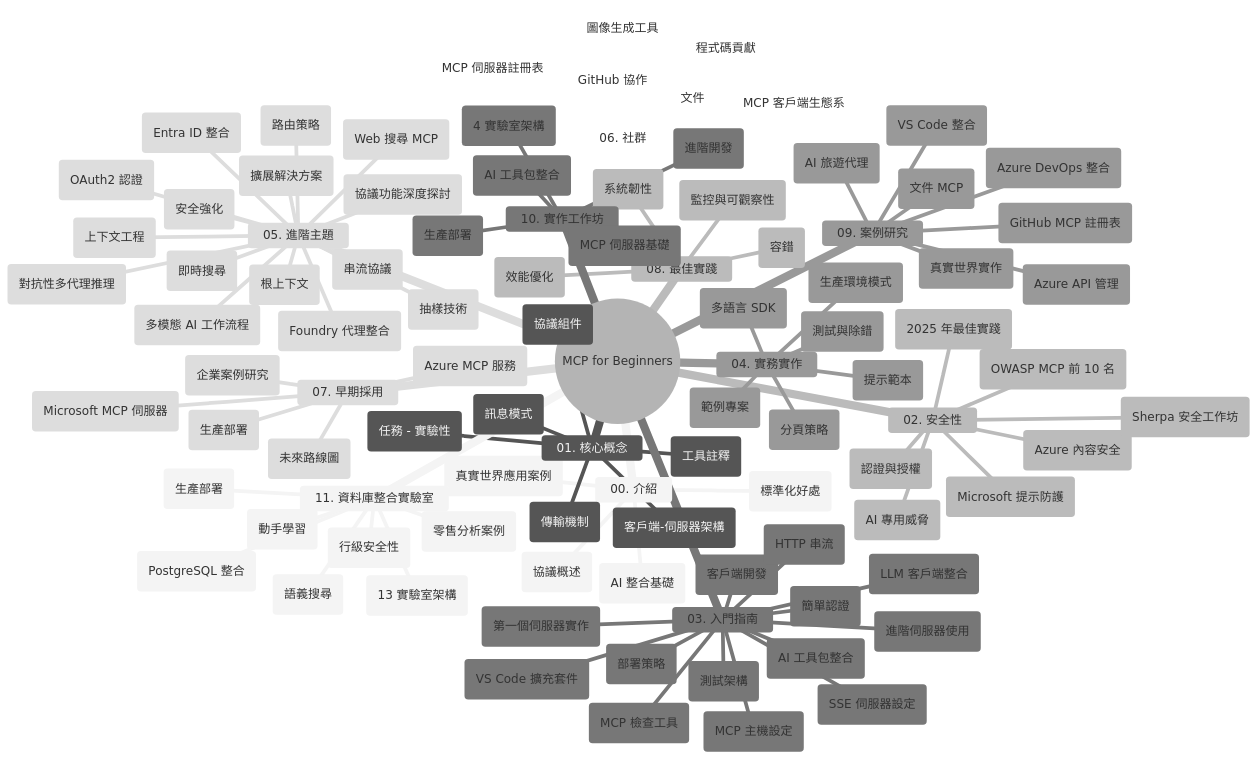
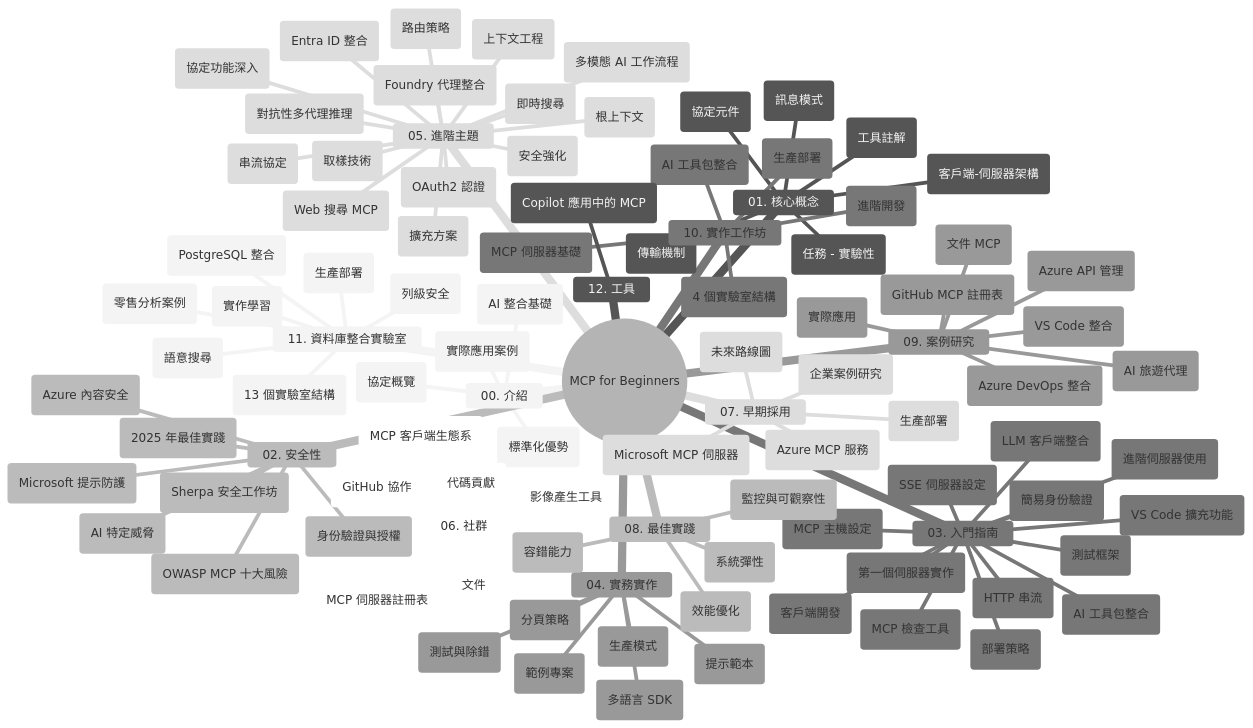
The diagram in mcp_ecosystem__model_context_protocol/mcp_learning_resources/mcp-for-beginners/translations/zh-HK/study_guide.md (HIDORAKAI002/ai-workspace-archive), drawn with Mermaid (neutral theme) before and after one commit. The commit also changed other lines of this file and 989 other files, not shown here.

````diff
--- a/mcp_ecosystem__model_context_protocol/mcp_learning_resources/mcp-for-beginners/translations/zh-HK/study_guide.md
+++ b/mcp_ecosystem__model_context_protocol/mcp_learning_resources/mcp-for-beginners/translations/zh-HK/study_guide.md
@@ -13,39 +13,39 @@
   root((MCP for Beginners))
     00. 介紹
       ::icon(fa fa-book)
-      (協議概述)
-      (標準化好處)
-      (真實世界應用案例)
+      (協定概覽)
+      (標準化優勢)
+      (實際應用案例)
       (AI 整合基礎)
     01. 核心概念
       ::icon(fa fa-puzzle-piece)
       (客戶端-伺服器架構)
-      (協議組件)
+      (協定元件)
       (訊息模式)
       (傳輸機制)
       (任務 - 實驗性)
-      (工具註釋)
+      (工具註解)
     02. 安全性
       ::icon(fa fa-shield)
-      (AI 專用威脅)
+      (AI 特定威脅)
       (2025 年最佳實踐)
       (Azure 內容安全)
-      (認證與授權)
+      (身份驗證與授權)
       (Microsoft 提示防護)
-      (OWASP MCP 前 10 名)
+      (OWASP MCP 十大風險)
       (Sherpa 安全工作坊)
     03. 入門指南
       ::icon(fa fa-rocket)
       (第一個伺服器實作)
       (客戶端開發)
       (LLM 客戶端整合)
-      (VS Code 擴充套件)
+      (VS Code 擴充功能)
       (SSE 伺服器設定)
       (HTTP 串流)
       (AI 工具包整合)
-      (測試架構)
+      (測試框架)
       (進階伺服器使用)
-      (簡單認證)
+      (簡易身份驗證)
       (部署策略)
       (MCP 主機設定)
       (MCP 檢查工具)
@@ -55,7 +55,7 @@
       (測試與除錯)
       (提示範本)
       (範例專案)
-      (生產環境模式)
+      (生產模式)
       (分頁策略)
     05. 進階主題
       ::icon(fa fa-graduation-cap)
@@ -64,24 +64,24 @@
       (多模態 AI 工作流程)
       (OAuth2 認證)
       (即時搜尋)
-      (串流協議)
+      (串流協定)
       (根上下文)
       (路由策略)
-      (抽樣技術)
-      (擴展解決方案)
+      (取樣技術)
+      (擴充方案)
       (安全強化)
       (Entra ID 整合)
       (Web 搜尋 MCP)
-      (協議功能深度探討)
+      (協定功能深入)
       (對抗性多代理推理)
       
     06. 社群
       ::icon(fa fa-users)
-      (程式碼貢獻)
+      (代碼貢獻)
       (文件)
       (MCP 客戶端生態系)
       (MCP 伺服器註冊表)
-      (圖像生成工具)
+      (影像產生工具)
       (GitHub 協作)
     07. 早期採用
       ::icon(fa fa-lightbulb)
@@ -93,8 +93,8 @@
     08. 最佳實踐
       ::icon(fa fa-check)
       (效能優化)
-      (容錯)
-      (系統韌性)
+      (容錯能力)
+      (系統彈性)
       (監控與可觀察性)
     09. 案例研究
       ::icon(fa fa-file-text)
@@ -104,21 +104,24 @@
       (文件 MCP)
       (GitHub MCP 註冊表)
       (VS Code 整合)
-      (真實世界實作)
+      (實際應用)
     10. 實作工作坊
       ::icon(fa fa-laptop)
       (MCP 伺服器基礎)
       (進階開發)
       (AI 工具包整合)
       (生產部署)
-      (4 實驗室架構)
+      (4 個實驗室結構)
     11. 資料庫整合實驗室
       ::icon(fa fa-database)
       (PostgreSQL 整合)
       (零售分析案例)
-      (行級安全性)
-      (語義搜尋)
+      (列級安全)
+      (語意搜尋)
       (生產部署)
-      (13 實驗室架構)
-      (動手學習)
+      (13 個實驗室結構)
+      (實作學習)
+    12. 工具
+      ::icon(fa fa-wrench)
+      (Copilot 應用中的 MCP)
 ```
````
